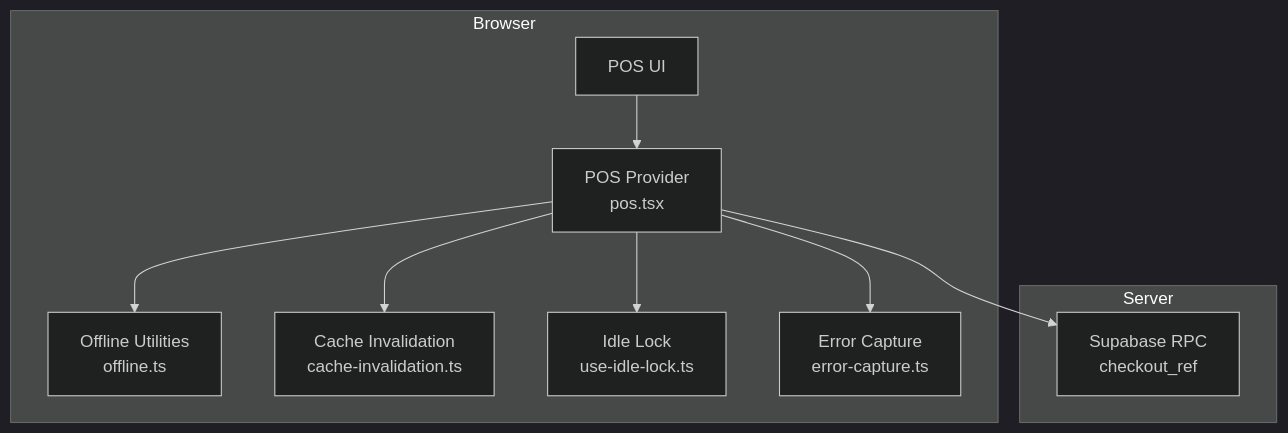
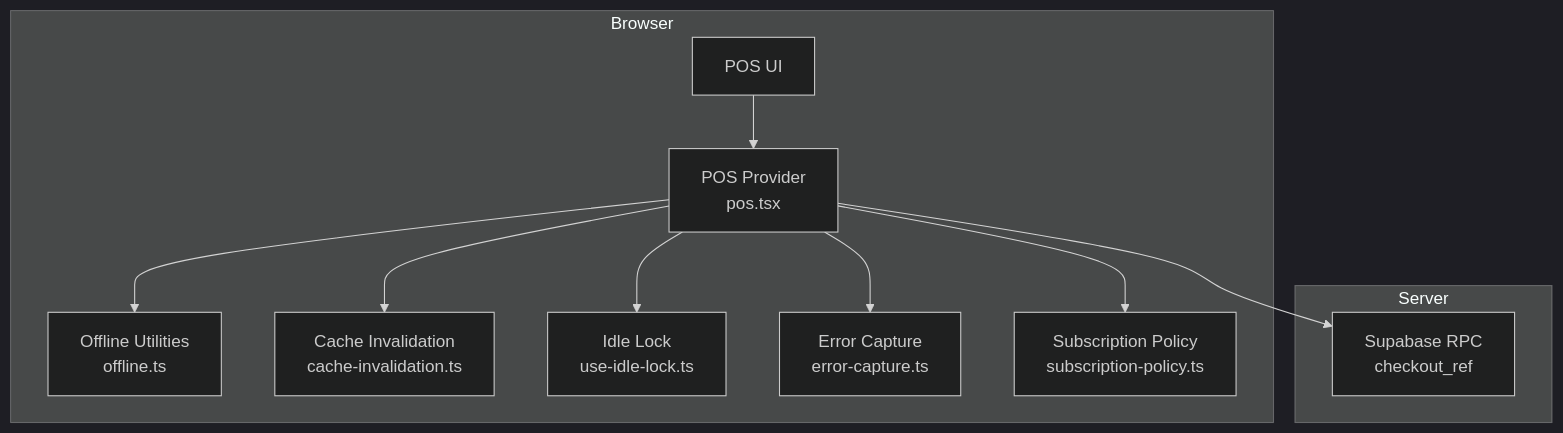
The first of 10 diagrams in .qoder/repowiki/en/content/Offline Capabilities/Offline Capabilities.md (themclloyd/storq), drawn with Mermaid (dark theme) before and after one commit. The commit also changed other lines of this file and 31 other files, not shown here.

````diff
--- a/.qoder/repowiki/en/content/Offline Capabilities/Offline Capabilities.md
+++ b/.qoder/repowiki/en/content/Offline Capabilities/Offline Capabilities.md
@@ -36,20 +44,22 @@
 ```mermaid
 graph TB
 subgraph "Browser"
 UI["POS UI"]
 Provider["POS Provider<br/>pos.tsx"]
 OfflineLib["Offline Utilities<br/>offline.ts"]
 CacheInvalid["Cache Invalidation<br/>cache-invalidation.ts"]
 IdleLock["Idle Lock<br/>use-idle-lock.ts"]
 ErrorCapture["Error Capture<br/>error-capture.ts"]
+SubPolicy["Subscription Policy<br/>subscription-policy.ts"]
 end
 subgraph "Server"
 Supabase["Supabase RPC<br/>checkout_ref"]
 end
 UI --> Provider
 Provider --> OfflineLib
 Provider --> CacheInvalid
 Provider --> IdleLock
 Provider --> ErrorCapture
+Provider --> SubPolicy
 Provider --> Supabase
 ```
````
